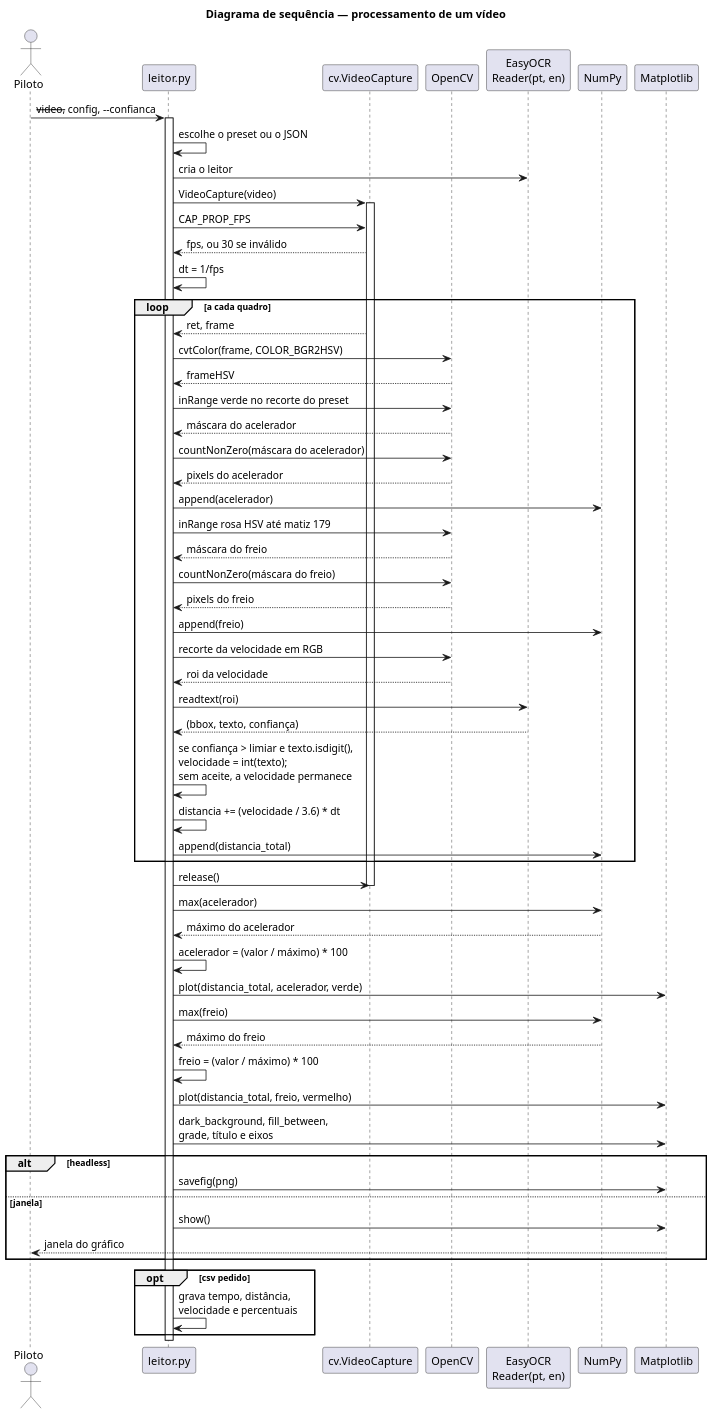
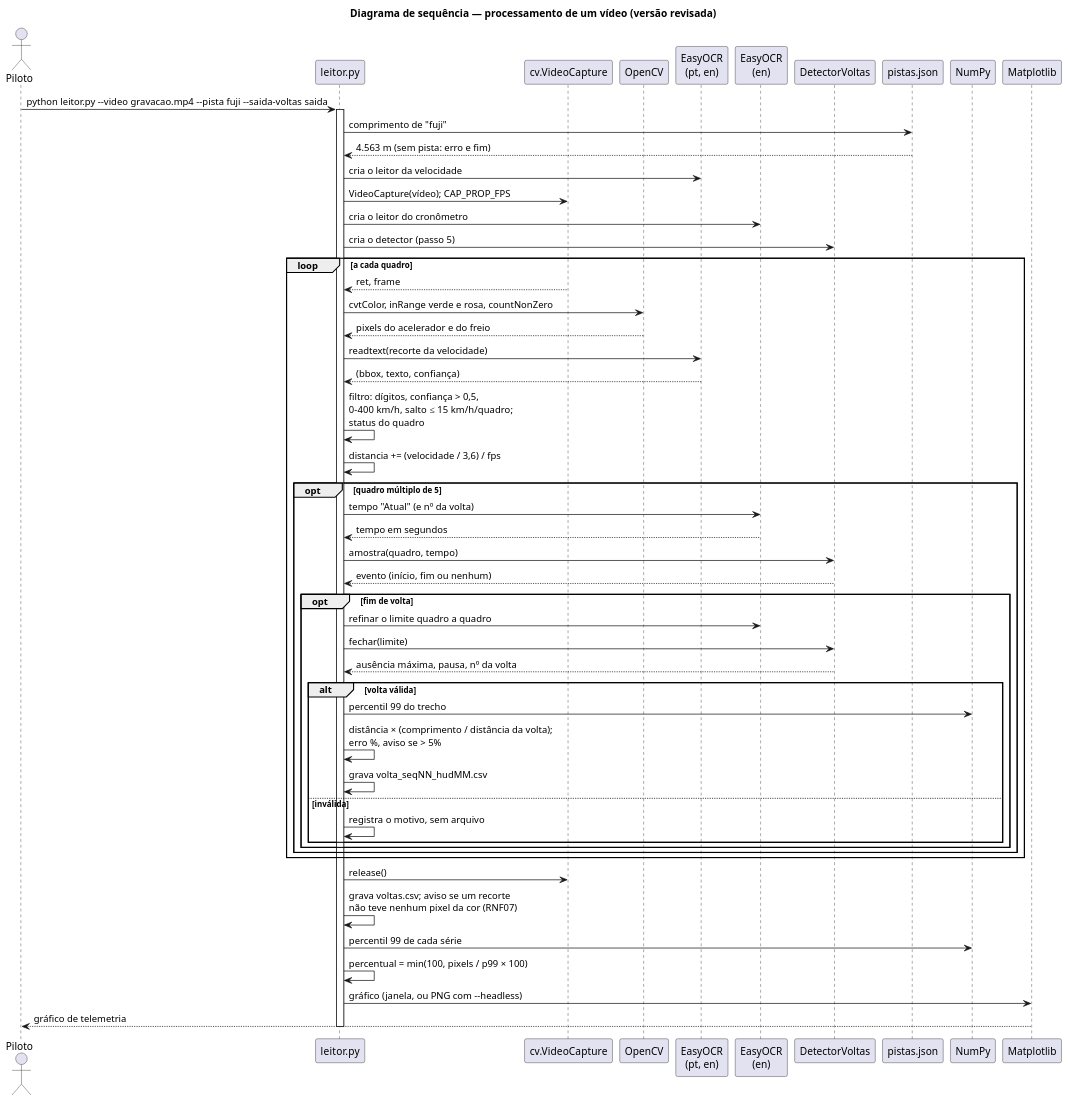
One commit to Matheus-Hen/telemetria_cloud changed the diagram in docs/diagramas/diagrama-sequencia.puml. Above: the diagram before and after it, drawn with PlantUML. The commit also changed 12 other files, not shown here.

First line of the commit message:
Exige a pista e fixa o eixo de distância no comprimento oficial

```diff
--- a/docs/diagramas/diagrama-sequencia.puml
+++ b/docs/diagramas/diagrama-sequencia.puml
@@ -1,72 +1,65 @@
 @startuml diagrama-sequencia
 skinparam shadowing false
-skinparam dpi 130
+skinparam dpi 120
 skinparam backgroundColor white
 skinparam sequenceMessageAlign left
 skinparam responseMessageBelowArrow true
 
-title Diagrama de sequência — processamento de um vídeo
+title Diagrama de sequência — processamento de um vídeo (versão revisada)
 
 actor Piloto
 participant "leitor.py" as L
 participant "cv.VideoCapture" as Cap
 participant "OpenCV" as CV
-participant "EasyOCR\nReader(pt, en)" as OCR
+participant "EasyOCR\n(pt, en)" as OCR
+participant "EasyOCR\n(en)" as OCRC
+participant "DetectorVoltas" as DV
+participant "pistas.json" as PJ
 participant "NumPy" as NP
 participant "Matplotlib" as PLT
 
-Piloto -> L: --video, --config, --confianca
+Piloto -> L: python leitor.py ~--video gravacao.mp4 ~--pista fuji ~--saida-voltas saida
 activate L
-L -> L: escolhe o preset ou o JSON
-L -> OCR: cria o leitor
-L -> Cap: VideoCapture(video)
-activate Cap
-L -> Cap: CAP_PROP_FPS
-Cap --> L: fps, ou 30 se inválido
-L -> L: dt = 1/fps
+L -> PJ: comprimento de "fuji"
+PJ --> L: 4.563 m (sem pista: erro e fim)
+L -> OCR: cria o leitor da velocidade
+L -> Cap: VideoCapture(vídeo); CAP_PROP_FPS
+L -> OCRC: cria o leitor do cronômetro
+L -> DV: cria o detector (passo 5)
 
 loop a cada quadro
   Cap --> L: ret, frame
-  L -> CV: cvtColor(frame, COLOR_BGR2HSV)
-  CV --> L: frameHSV
-  L -> CV: inRange verde no recorte do preset
-  CV --> L: máscara do acelerador
-  L -> CV: countNonZero(máscara do acelerador)
-  CV --> L: pixels do acelerador
-  L -> NP: append(acelerador)
-  L -> CV: inRange rosa HSV até matiz 179
-  CV --> L: máscara do freio
-  L -> CV: countNonZero(máscara do freio)
-  CV --> L: pixels do freio
-  L -> NP: append(freio)
-  L -> CV: recorte da velocidade em RGB
-  CV --> L: roi da velocidade
-  L -> OCR: readtext(roi)
+  L -> CV: cvtColor, inRange verde e rosa, countNonZero
+  CV --> L: pixels do acelerador e do freio
+  L -> OCR: readtext(recorte da velocidade)
   OCR --> L: (bbox, texto, confiança)
-  L -> L: se confiança > limiar e texto.isdigit(),\nvelocidade = int(texto);\nsem aceite, a velocidade permanece
-  L -> L: distancia += (velocidade / 3.6) * dt
-  L -> NP: append(distancia_total)
+  L -> L: filtro: dígitos, confiança > 0,5,\n0–400 km/h, salto ≤ 15 km/h/quadro;\nstatus do quadro
+  L -> L: distancia += (velocidade / 3,6) / fps
+  opt quadro múltiplo de 5
+    L -> OCRC: tempo "Atual" (e nº da volta)
+    OCRC --> L: tempo em segundos
+    L -> DV: amostra(quadro, tempo)
+    DV --> L: evento (início, fim ou nenhum)
+    opt fim de volta
+      L -> OCRC: refinar o limite quadro a quadro
+      L -> DV: fechar(limite)
+      DV --> L: ausência máxima, pausa, nº da volta
+      alt volta válida
+        L -> NP: percentil 99 do trecho
+        L -> L: distância × (comprimento / distância da volta);\nerro %, aviso se > 5%
+        L -> L: grava volta_seqNN_hudMM.csv
+      else inválida
+        L -> L: registra o motivo, sem arquivo
+      end
+    end
+  end
 end
+
 L -> Cap: release()
-deactivate Cap
-
-L -> NP: max(acelerador)
-NP --> L: máximo do acelerador
-L -> L: acelerador = (valor / máximo) * 100
-L -> PLT: plot(distancia_total, acelerador, verde)
-L -> NP: max(freio)
-NP --> L: máximo do freio
-L -> L: freio = (valor / máximo) * 100
-L -> PLT: plot(distancia_total, freio, vermelho)
-L -> PLT: dark_background, fill_between,\ngrade, título e eixos
-alt headless
-  L -> PLT: savefig(png)
-else janela
-  L -> PLT: show()
-  PLT --> Piloto: janela do gráfico
-end
-opt csv pedido
-  L -> L: grava tempo, distância,\nvelocidade e percentuais
-end
+L -> L: grava voltas.csv; aviso se um recorte\nnão teve nenhum pixel da cor (RNF07)
+L -> NP: percentil 99 de cada série
+L -> L: percentual = min(100, pixels / p99 × 100)
+L -> PLT: gráfico (janela, ou PNG com --headless)
+PLT --> Piloto: gráfico de telemetria
 deactivate L
 @enduml
```
